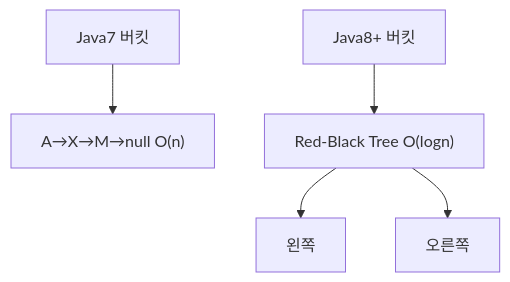
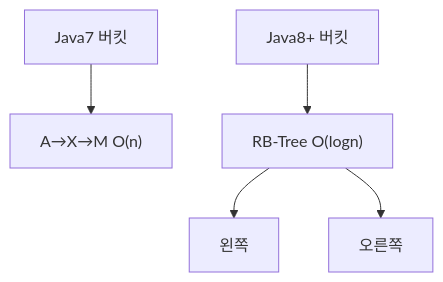
One commit to yjkim2015/yjkim2015.github.io changed the seventh of 21 diagrams in _posts/java/2026-05-01-java-collections.md. Above: the diagram before and after it, drawn with Mermaid. The commit also changed other lines of this file and 48 other files, not shown here.

First line of the commit message:
Mermaid 최종 47건 수정: participant/노드/줄수/라벨 전부 기준 이하

````diff
--- a/_posts/java/2026-05-01-java-collections.md
+++ b/_posts/java/2026-05-01-java-collections.md
@@ -307,6 +307,6 @@
 ```mermaid
 graph TD
-    B3A["Java7 버킷"] --> NA["A→X→M→null O(n)"]
-    B3B["Java8+ 버킷"] --> TREE["Red-Black Tree O(logn)"]
+    B3A["Java7 버킷"] --> NA["A→X→M O(n)"]
+    B3B["Java8+ 버킷"] --> TREE["RB-Tree O(logn)"]
     TREE --> L["왼쪽"] & R["오른쪽"]
 ```
````
